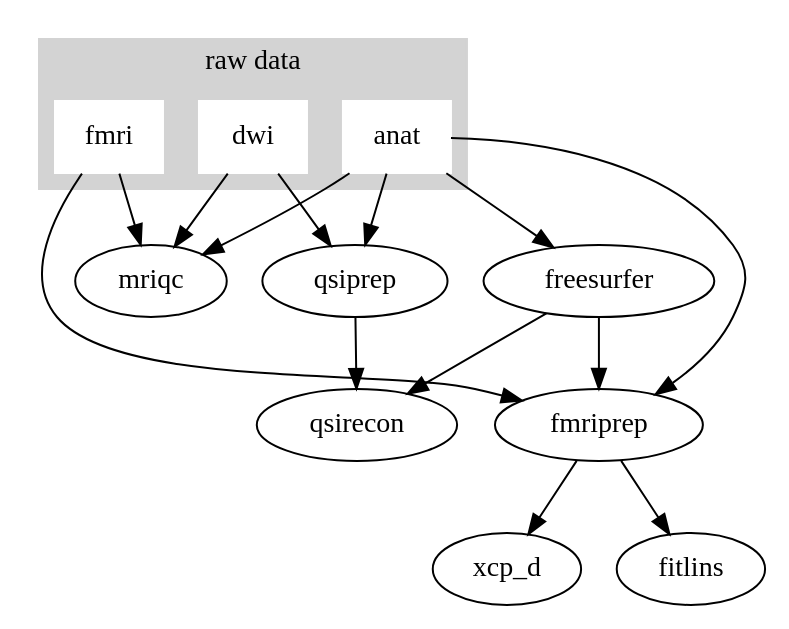
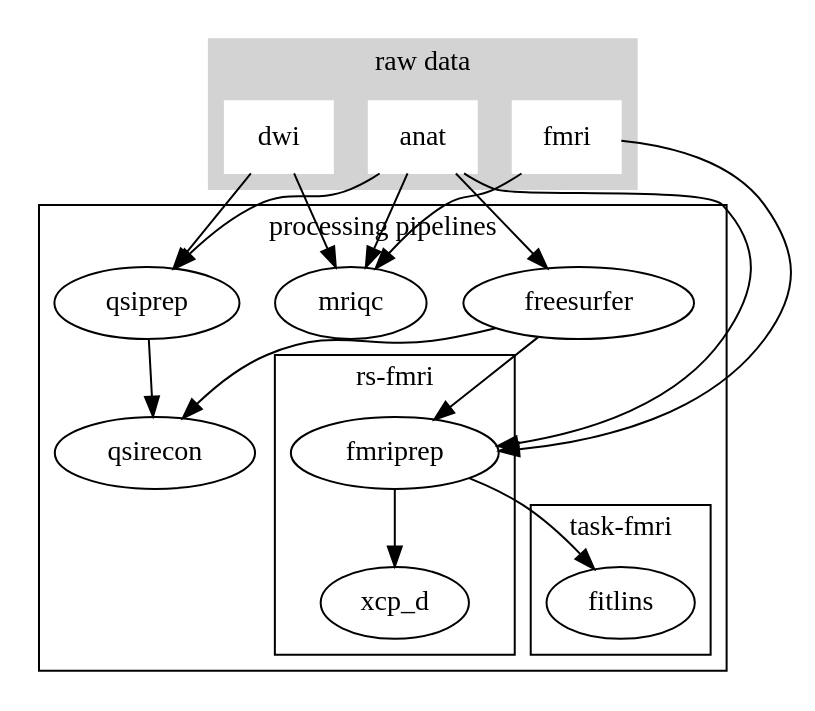
The diagram in docs/source/UPPMAX.rst (psychmedImaging/rtd-psykserver), drawn with Graphviz before and after one commit.

```diff
--- a/docs/source/UPPMAX.rst
+++ b/docs/source/UPPMAX.rst
@@ -12,26 +12,35 @@
 .. graphviz::
 
    digraph {
       subgraph cluster0 {
          node [style=filled,color=white];
          style=filled;
          color=lightgrey;
          "anat" [shape=box];
          "dwi" [shape=box];
          "fmri" [shape=box];
          label = "raw data";
       }
-      "anat" -> "mriqc";
-      "dwi" -> "mriqc";
-      "fmri" -> "mriqc";
-      "fmri" -> "fmriprep";
-      "anat" -> "fmriprep";
-      "anat" -> "qsiprep";
-      "anat" -> "freesurfer";
-      "dwi" -> "qsiprep";
-      "qsiprep" -> "qsirecon";
-      "fmriprep" -> "xcp_d";
-      "freesurfer" -> "fmriprep";
-      "freesurfer" -> "qsirecon";
-      "fmriprep" -> "fitlins";
+      subgraph cluster1 {
+         "anat" -> "mriqc";
+         "dwi" -> "mriqc";
+         "fmri" -> "mriqc";
+         "fmri" -> "fmriprep";
+         "anat" -> "fmriprep";
+         "anat" -> "qsiprep";
+         "anat" -> "freesurfer";
+         "dwi" -> "qsiprep";
+         "qsiprep" -> "qsirecon";
+         subgraph cluster2 {
+            "fmriprep" -> "xcp_d";
+            label = "rs-fmri";
+         }
+         "freesurfer" -> "fmriprep";
+         "freesurfer" -> "qsirecon";
+         subgraph cluster3 {
+            "fmriprep" -> "fitlins";
+            label = "task-fmri";
+         }
+         label = "processing pipelines";
+      }
    }
```
